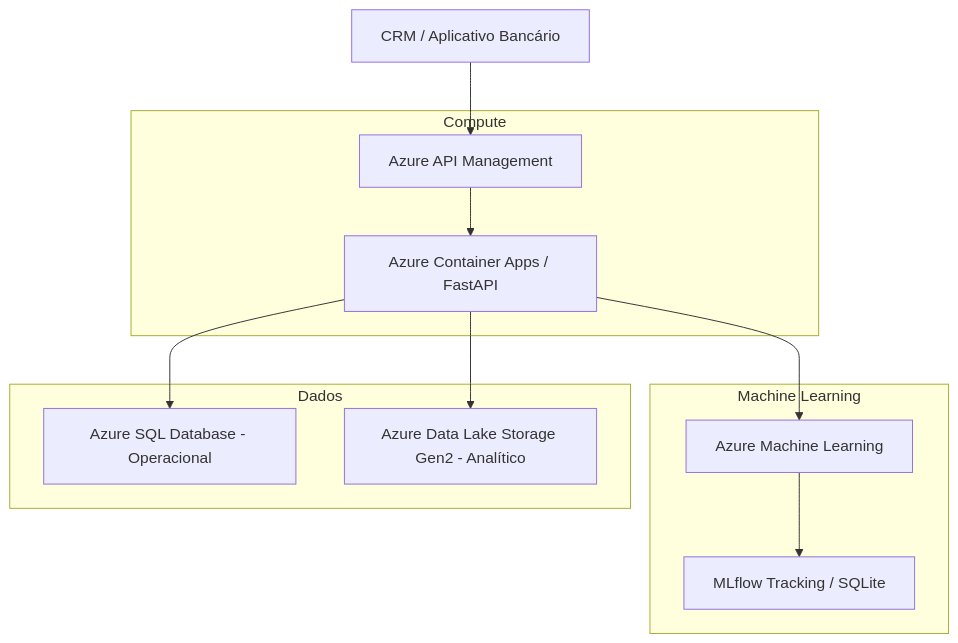
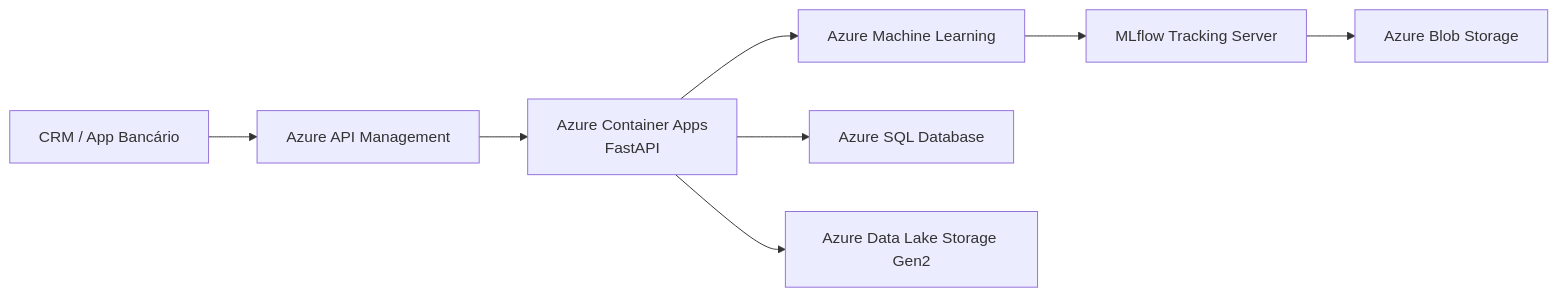
Before and after one commit to marcelob15/Datathon-7mlet: the diagram in README.md, drawn with Mermaid. The commit also changed other lines of this file, not shown here.

````diff
--- a/README.md
+++ b/README.md
@@ -112,16 +118,15 @@
 ```mermaid
-graph TD
-    Client[CRM / Aplicativo Bancário] --> APIM[Azure API Management]
-    subgraph Compute
-        APIM --> ACA[Azure Container Apps / FastAPI]
-    end
-    subgraph Machine Learning
-        ACA --> AML[Azure Machine Learning]
-        AML --> MLFLOW[MLflow Tracking / SQLite]
-    end
-    subgraph Dados
-        ACA --> SQL[Azure SQL Database - Operacional]
-        ACA --> ADLS[Azure Data Lake Storage Gen2 - Analítico]
-    end
+graph LR
 
+    CLIENT[CRM / App Bancário]
+        --> APIM[Azure API Management]
+        --> ACA[Azure Container Apps<br/>FastAPI]
+
+    ACA --> AML[Azure Machine Learning]
+
+    AML --> MLFLOW[MLflow Tracking Server]
+    MLFLOW --> BLOB[Azure Blob Storage]
+
+    ACA --> SQL[Azure SQL Database]
+    ACA --> ADLS[Azure Data Lake Storage Gen2]
 ```
````
